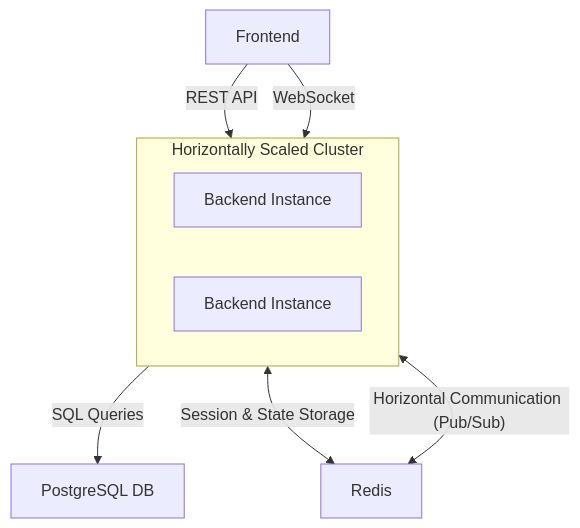
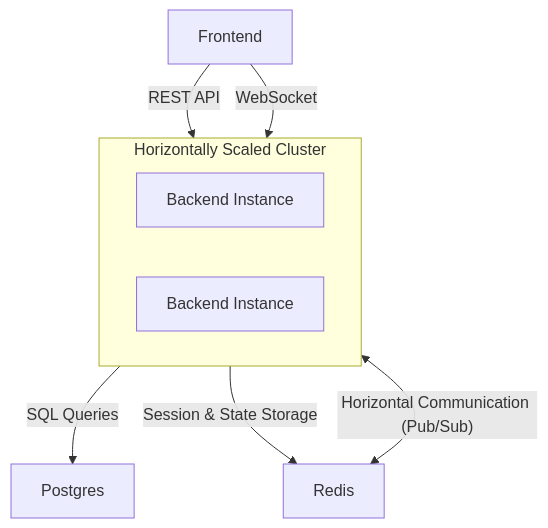
The diagram in README.md (etbala/LeetCodeDuels), drawn with Mermaid before and after one commit. The commit also changed other lines of this file, not shown here.

````diff
--- a/README.md
+++ b/README.md
@@ -79,21 +80,21 @@
 ```mermaid
 graph TD
     Frontend[Frontend]
 
     subgraph Cluster [Horizontally Scaled Cluster]
         direction LR
         B1[Backend Instance]
         B2[Backend Instance]
     end
 
-    Postgres[PostgreSQL DB]
+    Postgres[Postgres]
     Redis[Redis]
 
     Frontend -- "REST API" --> Cluster
     Frontend -- "WebSocket" --> Cluster
 
     Cluster -- "SQL Queries" --> Postgres
 
-    Cluster <--> |"Session & State Storage"| Redis
+    Cluster --> |"Session & State Storage"| Redis
     Cluster <--> |"Horizontal Communication (Pub/Sub)"| Redis
 ```
````
